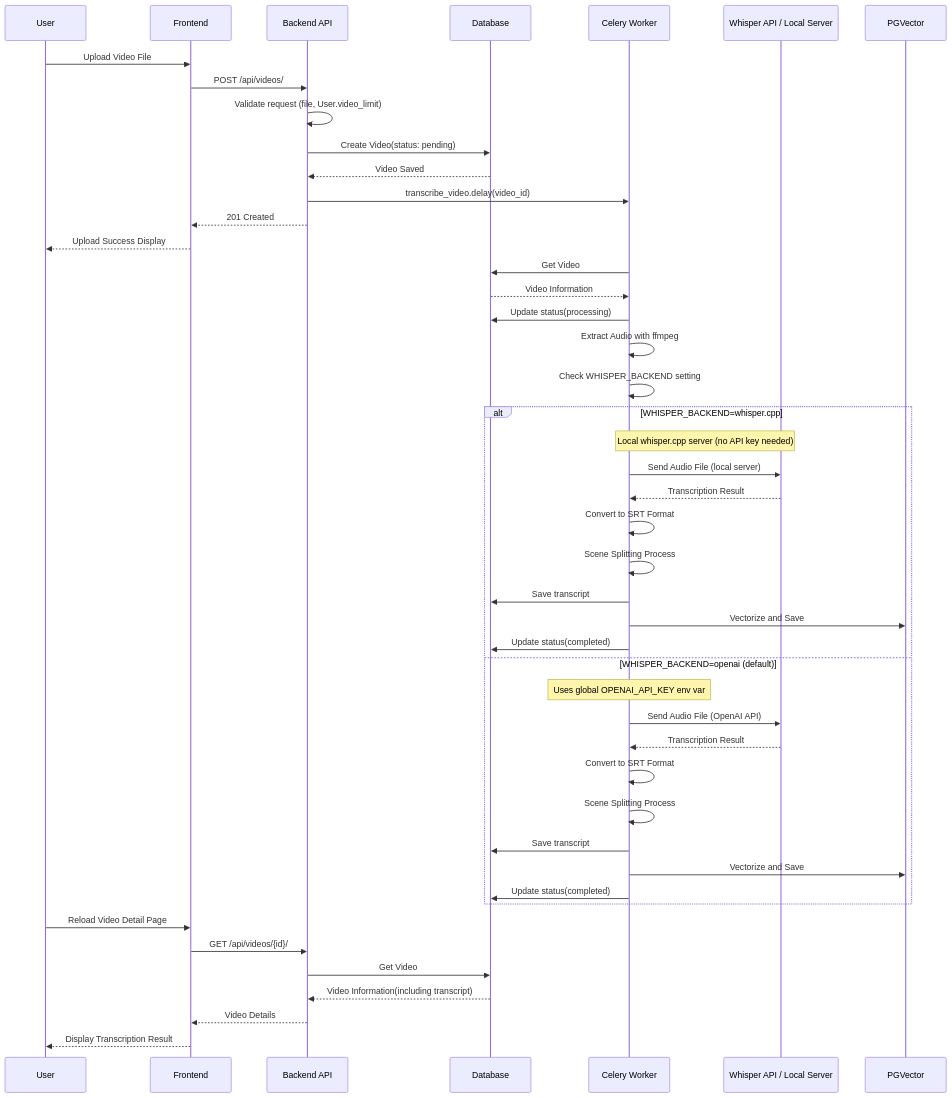
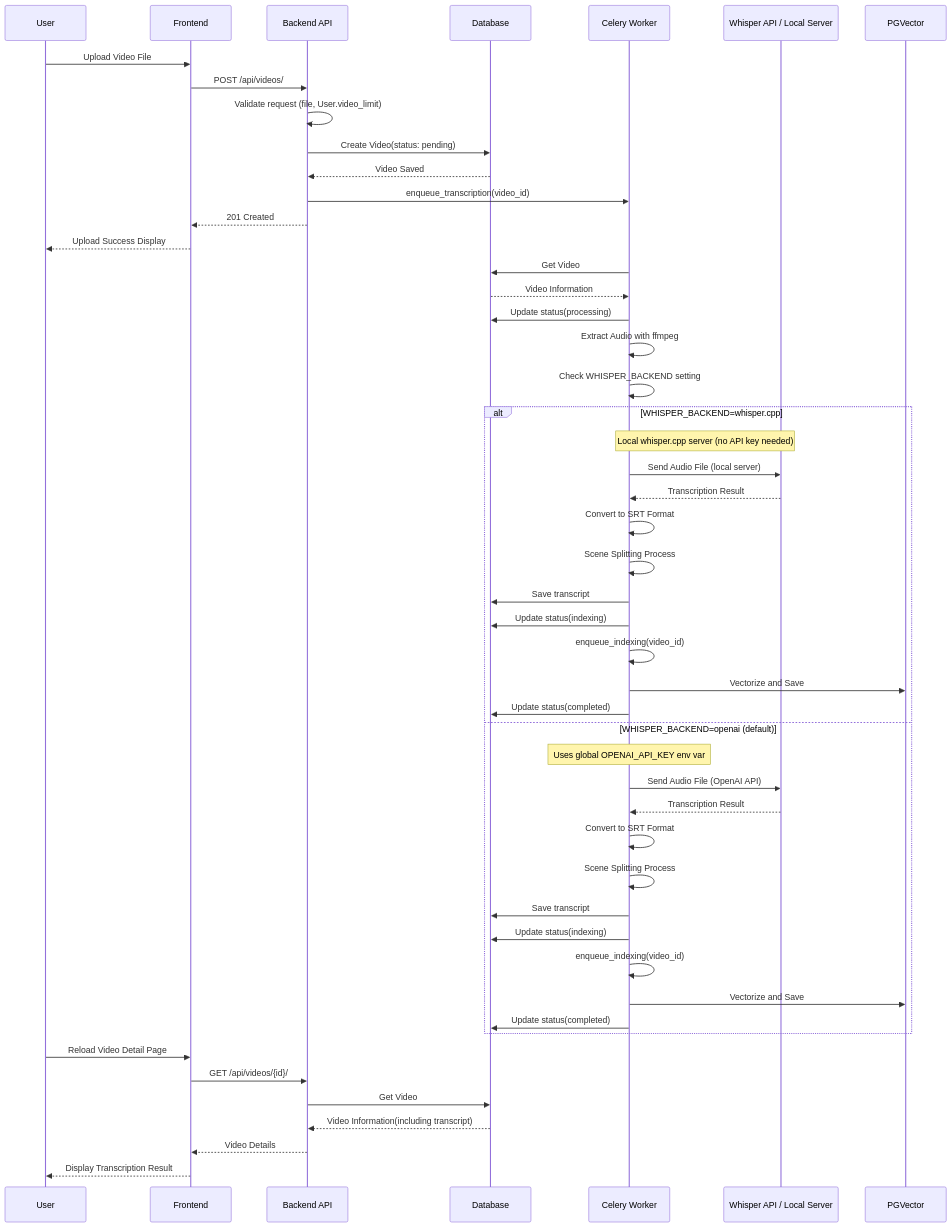
One commit to yukiharada1228/videoq changed the first of 11 diagrams in docs/design/sequence-diagram.md. Above: the diagram before and after it, drawn with Mermaid. The commit also changed 8 other files, not shown here.

````diff
--- a/docs/design/sequence-diagram.md
+++ b/docs/design/sequence-diagram.md
@@ -9,51 +9,55 @@
 ```mermaid
 sequenceDiagram
     participant User as User
     participant Frontend as Frontend
     participant Backend as Backend API
     participant DB as Database
     participant Celery as Celery Worker
     participant Whisper as Whisper API / Local Server
     participant PGVector as PGVector
 
     User->>Frontend: Upload Video File
     Frontend->>Backend: POST /api/videos/
     Backend->>Backend: Validate request (file, User.video_limit)
     Backend->>DB: Create Video(status: pending)
     DB-->>Backend: Video Saved
-    Backend->>Celery: transcribe_video.delay(video_id)
+    Backend->>Celery: enqueue_transcription(video_id)
     Backend-->>Frontend: 201 Created
     Frontend-->>User: Upload Success Display
 
     Celery->>DB: Get Video
     DB-->>Celery: Video Information
     Celery->>DB: Update status(processing)
     Celery->>Celery: Extract Audio with ffmpeg
     Celery->>Celery: Check WHISPER_BACKEND setting
     alt WHISPER_BACKEND=whisper.cpp
         Note over Celery,Whisper: Local whisper.cpp server (no API key needed)
         Celery->>Whisper: Send Audio File (local server)
         Whisper-->>Celery: Transcription Result
         Celery->>Celery: Convert to SRT Format
         Celery->>Celery: Scene Splitting Process
         Celery->>DB: Save transcript
+        Celery->>DB: Update status(indexing)
+        Celery->>Celery: enqueue_indexing(video_id)
         Celery->>PGVector: Vectorize and Save
         Celery->>DB: Update status(completed)
     else WHISPER_BACKEND=openai (default)
         Note over Celery: Uses global OPENAI_API_KEY env var
         Celery->>Whisper: Send Audio File (OpenAI API)
         Whisper-->>Celery: Transcription Result
         Celery->>Celery: Convert to SRT Format
         Celery->>Celery: Scene Splitting Process
         Celery->>DB: Save transcript
+        Celery->>DB: Update status(indexing)
+        Celery->>Celery: enqueue_indexing(video_id)
         Celery->>PGVector: Vectorize and Save
         Celery->>DB: Update status(completed)
     end
     
     User->>Frontend: Reload Video Detail Page
     Frontend->>Backend: GET /api/videos/{id}/
     Backend->>DB: Get Video
     DB-->>Backend: Video Information(including transcript)
     Backend-->>Frontend: Video Details
     Frontend-->>User: Display Transcription Result
 ```
````
